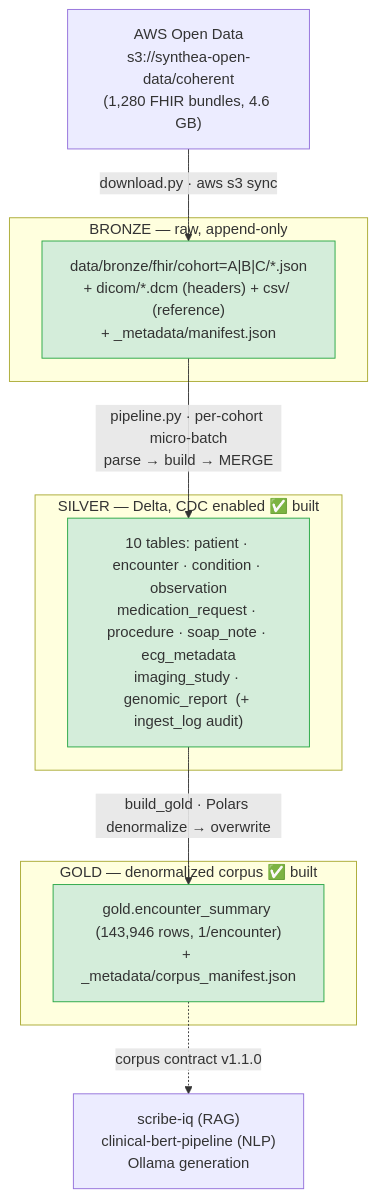
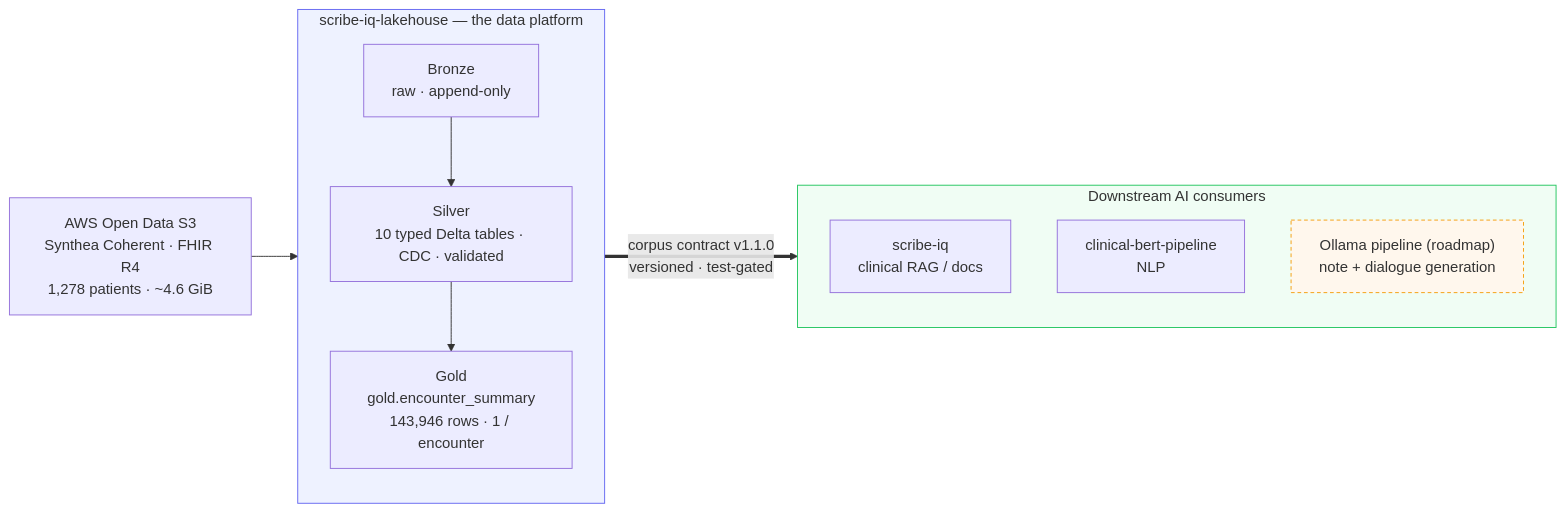
The first of 3 diagrams in docs/ARCHITECTURE.md (sandeep-jay/scribe-iq-lakehouse), drawn with Mermaid before and after one commit. The commit also changed other lines of this file and 11 other files, not shown here.

First line of the commit message:
docs: stack-forward homepage, architecture diagrams, provenance, and repo metadata (#5)

````diff
--- a/docs/ARCHITECTURE.md
+++ b/docs/ARCHITECTURE.md
@@ -20,25 +20,25 @@
 ```mermaid
-flowchart TD
-    S3["AWS Open Data<br/>s3://synthea-open-data/coherent<br/>(1,280 FHIR bundles, 4.6 GB)"]
-
-    subgraph BRONZE["BRONZE — raw, append-only"]
-        B["data/bronze/fhir/cohort=A|B|C/*.json<br/>+ dicom/*.dcm (headers) + csv/ (reference)<br/>+ _metadata/manifest.json"]
+flowchart LR
+    SRC["AWS Open Data S3<br/>Synthea Coherent · FHIR R4<br/>1,278 patients · ~4.6 GiB"]
+    subgraph LH["scribe-iq-lakehouse — the data platform"]
+        direction TB
+        BR["Bronze<br/>raw · append-only"]
+        SV["Silver<br/>10 typed Delta tables · CDC · validated"]
+        GD["Gold<br/>gold.encounter_summary<br/>143,946 rows · 1 / encounter"]
+        BR --> SV --> GD
     end
-
-    subgraph SILVER["SILVER — Delta, CDC enabled ✅ built"]
-        ST["10 tables: patient · encounter · condition · observation<br/>medication_request · procedure · soap_note · ecg_metadata<br/>imaging_study · genomic_report  (+ ingest_log audit)"]
+    SRC --> BR
+    GD == "corpus contract v1.1.0<br/>versioned · test-gated" ==> CON
+    subgraph CON["Downstream AI consumers"]
+        direction TB
+        SIQ["scribe-iq<br/>clinical RAG / docs"]
+        BERT["clinical-bert-pipeline<br/>NLP"]
+        OLL["Ollama pipeline (roadmap)<br/>note + dialogue generation"]
     end
-
-    subgraph GOLD["GOLD — denormalized corpus ✅ built"]
-        G["gold.encounter_summary (143,946 rows, 1/encounter)<br/>+ _metadata/corpus_manifest.json"]
-    end
-
-    S3 -->|"download.py · aws s3 sync"| B
-    B -->|"pipeline.py · per-cohort micro-batch<br/>parse → build → MERGE"| ST
-    ST -->|"build_gold · Polars denormalize → overwrite"| G
-    G -.->|"corpus contract v1.1.0"| DS["scribe-iq (RAG)<br/>clinical-bert-pipeline (NLP)<br/>Ollama generation"]
-
-    classDef done fill:#d4edda,stroke:#28a745;
-    classDef planned fill:#fff3cd,stroke:#ffc107,stroke-dasharray:4 3;
-    class B,ST,G done;
+    classDef plat fill:#eef2ff,stroke:#6366f1;
+    classDef cons fill:#f0fdf4,stroke:#22c55e;
+    classDef road fill:#fff7ed,stroke:#f59e0b,stroke-dasharray:4 3;
+    class LH plat
+    class CON cons
+    class OLL road
 ```
````
